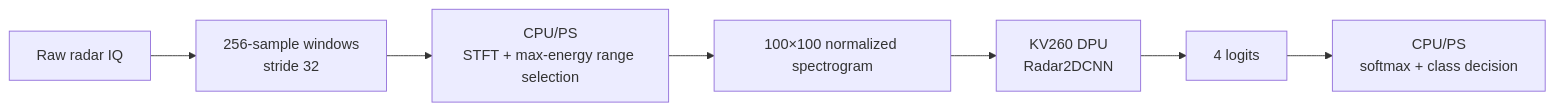
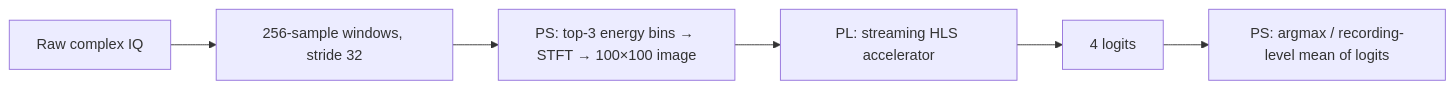
Before and after one commit to Srujan0006/kv260-radar-dscnn-accelerator: the diagram in docs/architecture.md, drawn with Mermaid. The commit also changed other lines of this file and 183 other files, not shown here.

````diff
--- a/docs/architecture.md
+++ b/docs/architecture.md
@@ -5,9 +5,8 @@
 ```mermaid
 flowchart LR
-    IQ[Raw radar IQ] --> WIN[256-sample windows<br/>stride 32]
-    WIN --> STFT[CPU/PS<br/>STFT + max-energy range selection]
-    STFT --> SPEC[100×100 normalized spectrogram]
-    SPEC --> DPU[KV260 DPU<br/>Radar2DCNN]
-    DPU --> LOGITS[4 logits]
-    LOGITS --> POST[CPU/PS<br/>softmax + class decision]
+    IQ[Raw complex IQ] --> WIN[256-sample windows, stride 32]
+    WIN --> SPEC[PS: top-3 energy bins → STFT → 100×100 image]
+    SPEC --> ACC[PL: streaming HLS accelerator]
+    ACC --> LOG[4 logits]
+    LOG --> DEC[PS: argmax / recording-level mean of logits]
 ```
````
